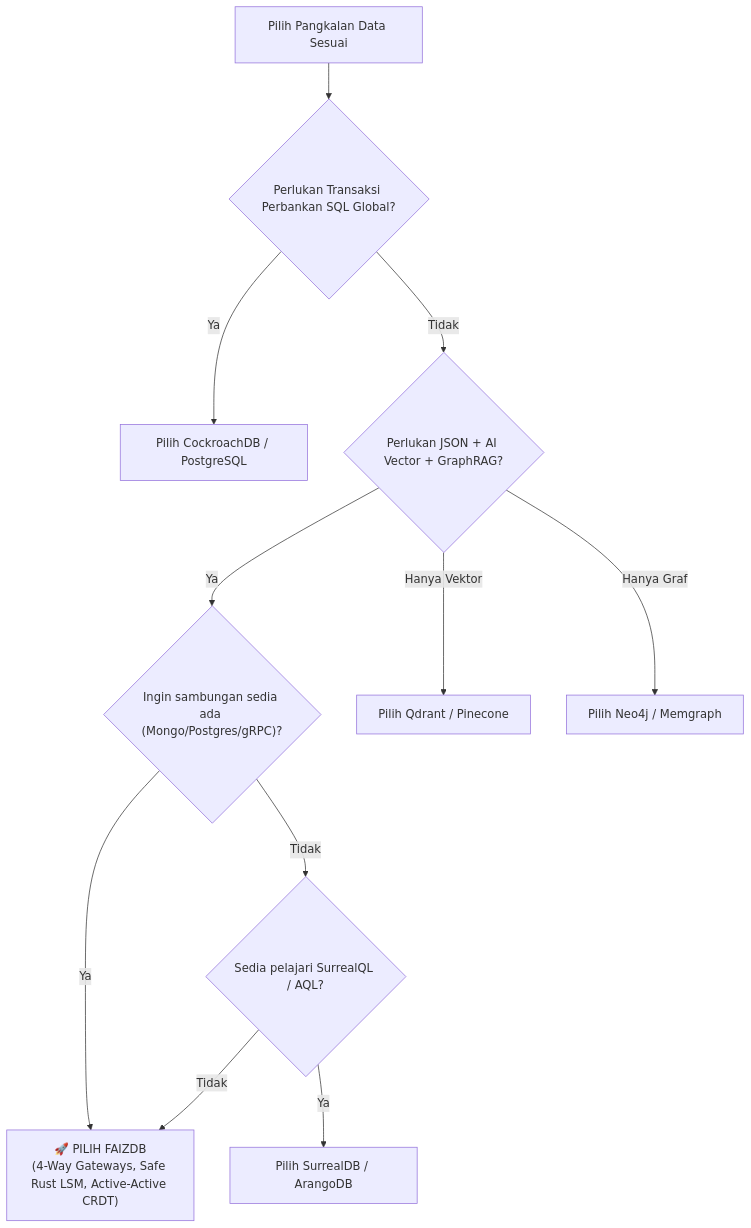
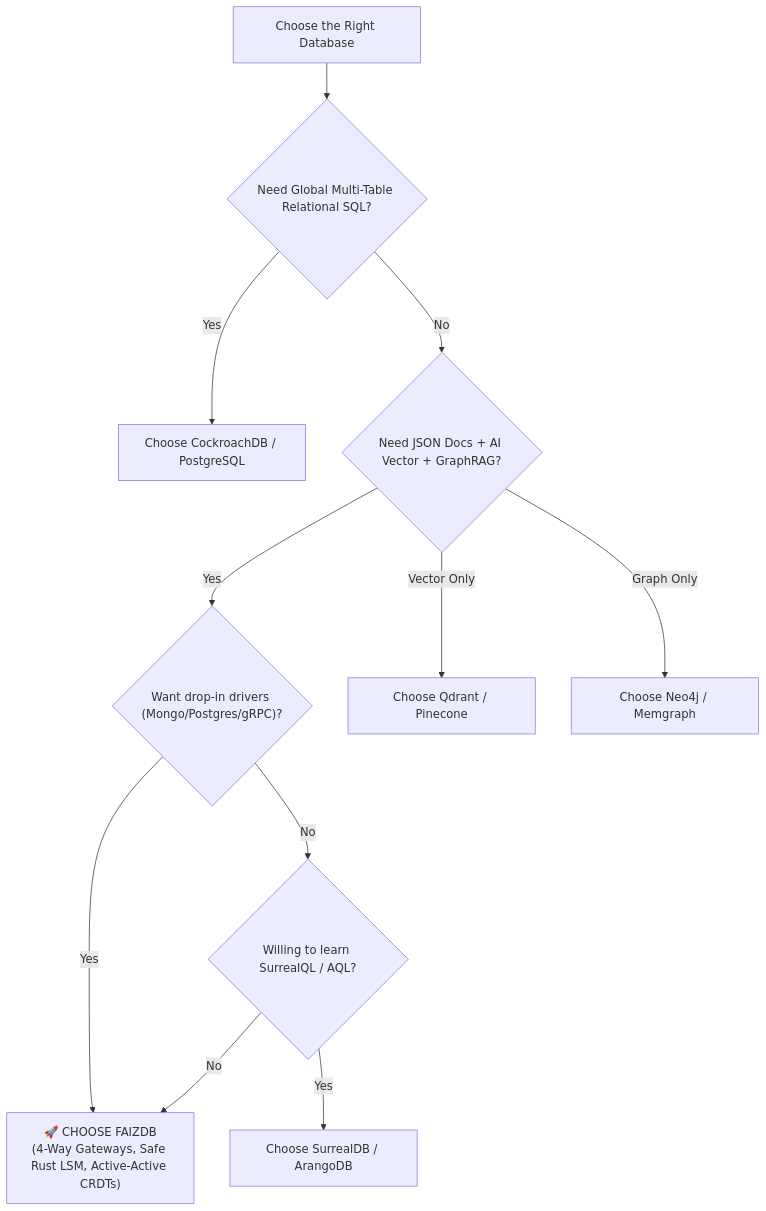
Before and after one commit to ictdothouse/faizdb: the diagram in docs/COMPETITIVE_ANALYSIS.md, drawn with Mermaid. The commit also changed other lines of this file and 2 other files, not shown here.

````diff
--- a/docs/COMPETITIVE_ANALYSIS.md
+++ b/docs/COMPETITIVE_ANALYSIS.md
@@ -139,15 +123,15 @@
 ```mermaid
 graph TD
-    Start["Pilih Pangkalan Data Sesuai"] --> Q1{"Perlukan Transaksi Perbankan SQL Global?"}
-    Q1 -- "Ya" --> Cockroach["Pilih CockroachDB / PostgreSQL"]
-    Q1 -- "Tidak" --> Q2{"Perlukan JSON + AI Vector + GraphRAG?"}
+    Start["Choose the Right Database"] --> Q1{"Need Global Multi-Table Relational SQL?"}
+    Q1 -- "Yes" --> Cockroach["Choose CockroachDB / PostgreSQL"]
+    Q1 -- "No" --> Q2{"Need JSON Docs + AI Vector + GraphRAG?"}
     
-    Q2 -- "Ya" --> Q3{"Ingin sambungan sedia ada (Mongo/Postgres/gRPC)?"}
-    Q3 -- "Ya" --> FaizDBChoice["🚀 PILIH FAIZDB<br/>(4-Way Gateways, Safe Rust LSM, Active-Active CRDT)"]
-    Q3 -- "Tidak" --> Q4{"Sedia pelajari SurrealQL / AQL?"}
-    Q4 -- "Ya" --> Surreal["Pilih SurrealDB / ArangoDB"]
-    Q4 -- "Tidak" --> FaizDBChoice
+    Q2 -- "Yes" --> Q3{"Want drop-in drivers (Mongo/Postgres/gRPC)?"}
+    Q3 -- "Yes" --> FaizDBChoice["🚀 CHOOSE FAIZDB<br/>(4-Way Gateways, Safe Rust LSM, Active-Active CRDTs)"]
+    Q3 -- "No" --> Q4{"Willing to learn SurrealQL / AQL?"}
+    Q4 -- "Yes" --> Surreal["Choose SurrealDB / ArangoDB"]
+    Q4 -- "No" --> FaizDBChoice
     
-    Q2 -- "Hanya Vektor" --> QdrantChoice["Pilih Qdrant / Pinecone"]
-    Q2 -- "Hanya Graf" --> Neo4jChoice["Pilih Neo4j / Memgraph"]
+    Q2 -- "Vector Only" --> QdrantChoice["Choose Qdrant / Pinecone"]
+    Q2 -- "Graph Only" --> Neo4jChoice["Choose Neo4j / Memgraph"]
 ```
````
